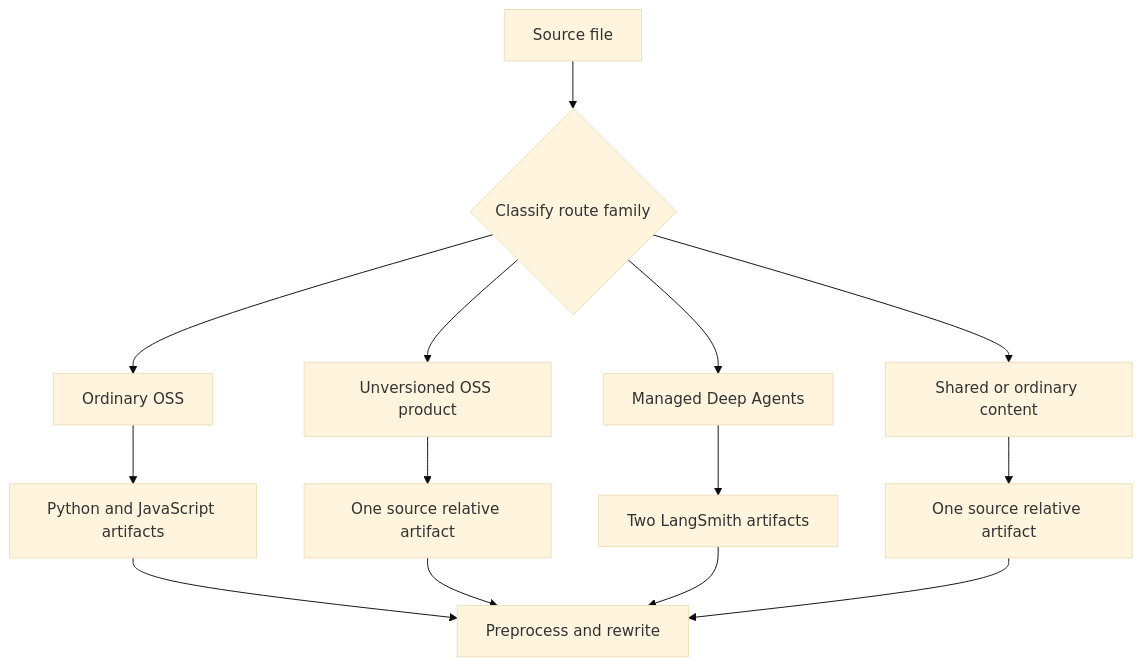
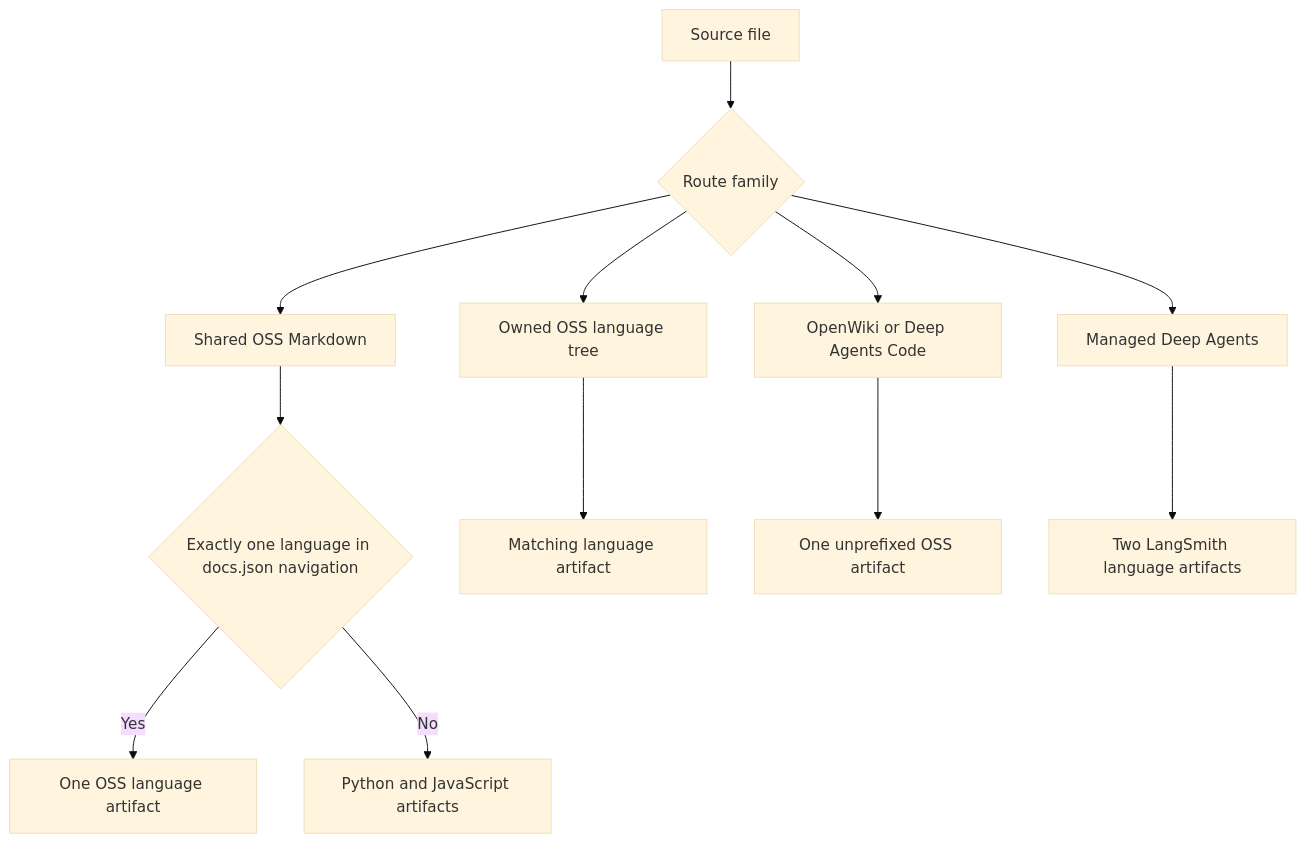
Before and after one commit to langchain-ai/docs: the diagram in openwiki/testing/builder-tests.md, drawn with Mermaid (base theme). The commit also changed other lines of this file and 45 other files, not shown here.

Commit message:
docs: update OpenWiki

````diff
--- a/openwiki/testing/builder-tests.md
+++ b/openwiki/testing/builder-tests.md
@@ -63,16 +54,14 @@
 ```mermaid
 flowchart TD
-    Source["Source file"] --> Family{"Classify route family"}
-    Family --> Oss["Ordinary OSS"]
-    Family --> Product["Unversioned OSS product"]
+    Source["Source file"] --> Family{"Route family"}
+    Family --> SharedOss["Shared OSS Markdown"]
+    SharedOss --> Nav{"Exactly one language in docs.json navigation"}
+    Nav -->|"Yes"| OneVariant["One OSS language artifact"]
+    Nav -->|"No"| TwoVariants["Python and JavaScript artifacts"]
+    Family --> Owned["Owned OSS language tree"]
+    Owned --> Matching["Matching language artifact"]
+    Family --> Product["OpenWiki or Deep Agents Code"]
+    Product --> Plain["One unprefixed OSS artifact"]
     Family --> Managed["Managed Deep Agents"]
-    Family --> Shared["Shared or ordinary content"]
-    Oss --> Pair["Python and JavaScript artifacts"]
-    Product --> Once["One source relative artifact"]
-    Managed --> ManagedPair["Two LangSmith artifacts"]
-    Shared --> Single["One source relative artifact"]
-    Pair --> Process["Preprocess and rewrite"]
-    Once --> Process
-    ManagedPair --> Process
-    Single --> Process
+    Managed --> ManagedVariants["Two LangSmith language artifacts"]
 ```
````
